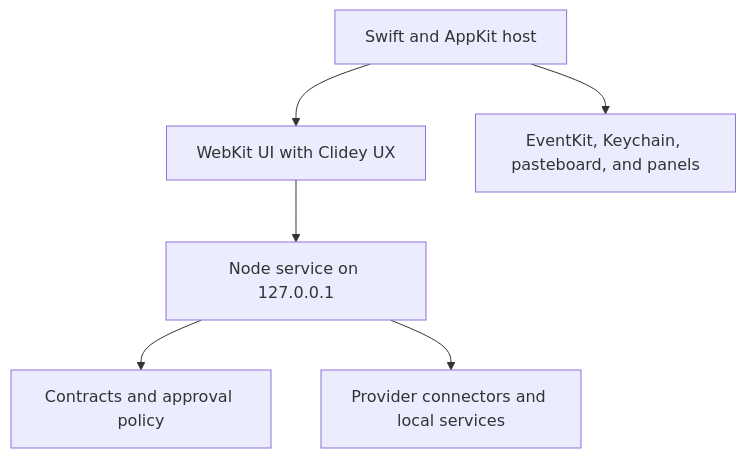
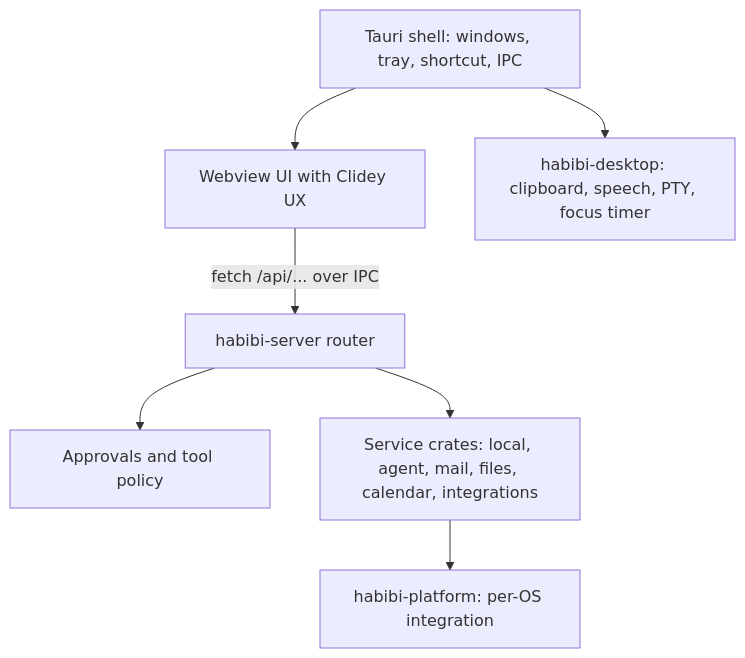
The diagram in docs/developers/architecture.mdx (clidey/habibi), drawn with Mermaid before and after one commit. The commit also changed other lines of this file and 415 other files, not shown here.

````diff
--- a/docs/developers/architecture.mdx
+++ b/docs/developers/architecture.mdx
@@ -12,8 +13,9 @@
 ```mermaid
 flowchart TD
-  Native[Swift and AppKit host] --> UI[WebKit UI with Clidey UX]
-  UI --> Service[Node service on 127.0.0.1]
-  Service --> Policy[Contracts and approval policy]
-  Service --> Connectors[Provider connectors and local services]
-  Native --> Adapters[EventKit, Keychain, pasteboard, and panels]
+  Shell[Tauri shell: windows, tray, shortcut, IPC] --> UI[Webview UI with Clidey UX]
+  UI -->|fetch /api/... over IPC| Server[habibi-server router]
+  Server --> Policy[Approvals and tool policy]
+  Server --> Services[Service crates: local, agent, mail, files, calendar, integrations]
+  Services --> Platform[habibi-platform: per-OS integration]
+  Shell --> Desktop[habibi-desktop: clipboard, speech, PTY, focus timer]
 ```
````
